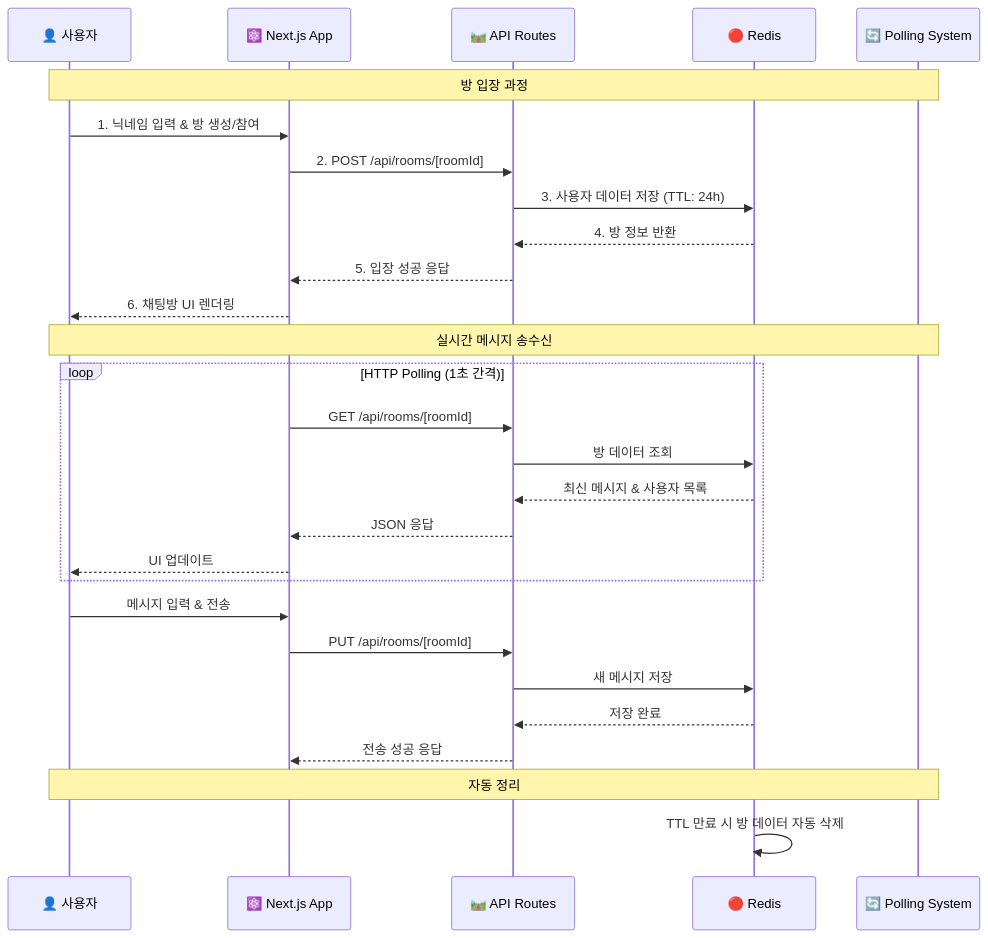
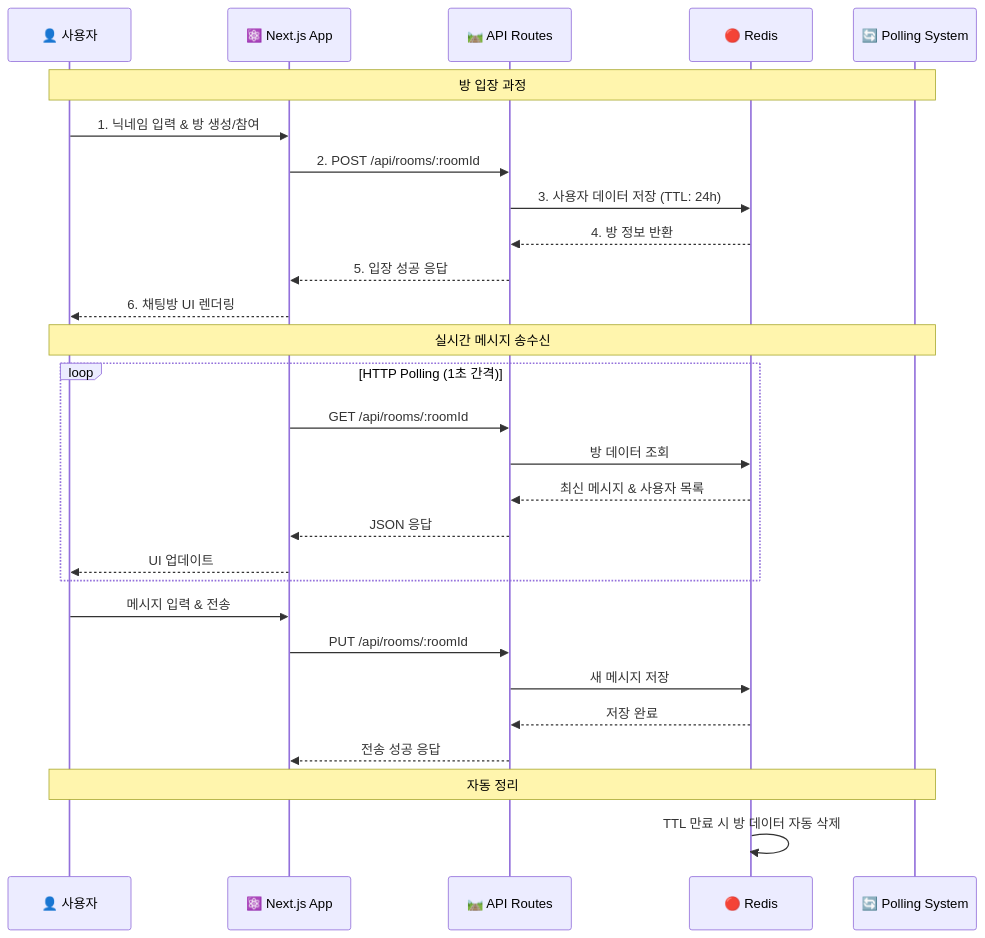
The fourth of 5 diagrams in docs/ARCHITECTURE.md (bulhwi/quad-chat), drawn with Mermaid before and after one commit. The commit also changed other lines of this file, not shown here.

Commit message:
📊 아키텍처 문서 Mermaid 문법 오류 수정
- /api/rooms/[roomId] → /api/rooms/:roomId 변경하여 Mermaid 파싱 오류 해결
- 모든 다이어그램에서 대괄호 표기법을 콜론 표기법으로 통일
- GitHub에서 정상적인 다이어그램 렌더링 보장

🤖 Generated with [Claude Code](https://claude.ai/code)

````diff
--- a/docs/ARCHITECTURE.md
+++ b/docs/ARCHITECTURE.md
@@ -143,34 +143,34 @@
 ```mermaid
 sequenceDiagram
     participant U as 👤 사용자
     participant N as ⚛️ Next.js App
     participant A as 🛤️ API Routes
     participant R as 🔴 Redis
     participant P as 🔄 Polling System
 
     Note over U,P: 방 입장 과정
     U->>N: 1. 닉네임 입력 & 방 생성/참여
-    N->>A: 2. POST /api/rooms/[roomId]
+    N->>A: 2. POST /api/rooms/:roomId
     A->>R: 3. 사용자 데이터 저장 (TTL: 24h)
     R-->>A: 4. 방 정보 반환
     A-->>N: 5. 입장 성공 응답
     N-->>U: 6. 채팅방 UI 렌더링
 
     Note over U,P: 실시간 메시지 송수신
     loop HTTP Polling (1초 간격)
-        N->>A: GET /api/rooms/[roomId]
+        N->>A: GET /api/rooms/:roomId
         A->>R: 방 데이터 조회
         R-->>A: 최신 메시지 & 사용자 목록
         A-->>N: JSON 응답
         N-->>U: UI 업데이트
     end
 
     U->>N: 메시지 입력 & 전송
-    N->>A: PUT /api/rooms/[roomId]
+    N->>A: PUT /api/rooms/:roomId
     A->>R: 새 메시지 저장
     R-->>A: 저장 완료
     A-->>N: 전송 성공 응답
 
     Note over U,P: 자동 정리
     R->>R: TTL 만료 시 방 데이터 자동 삭제
 ```
````
